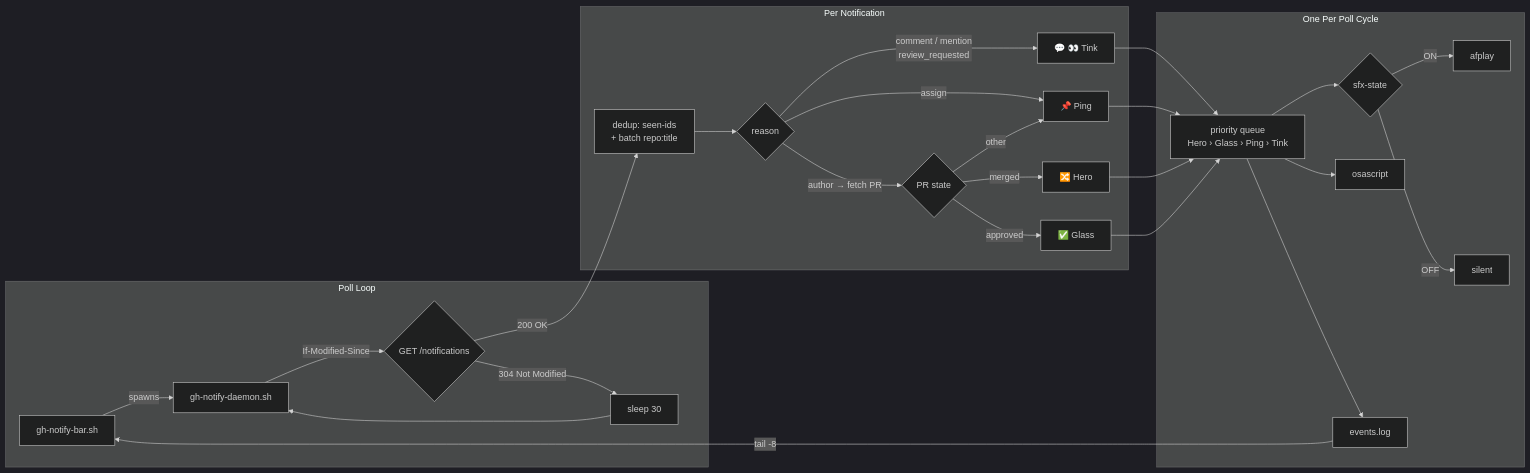
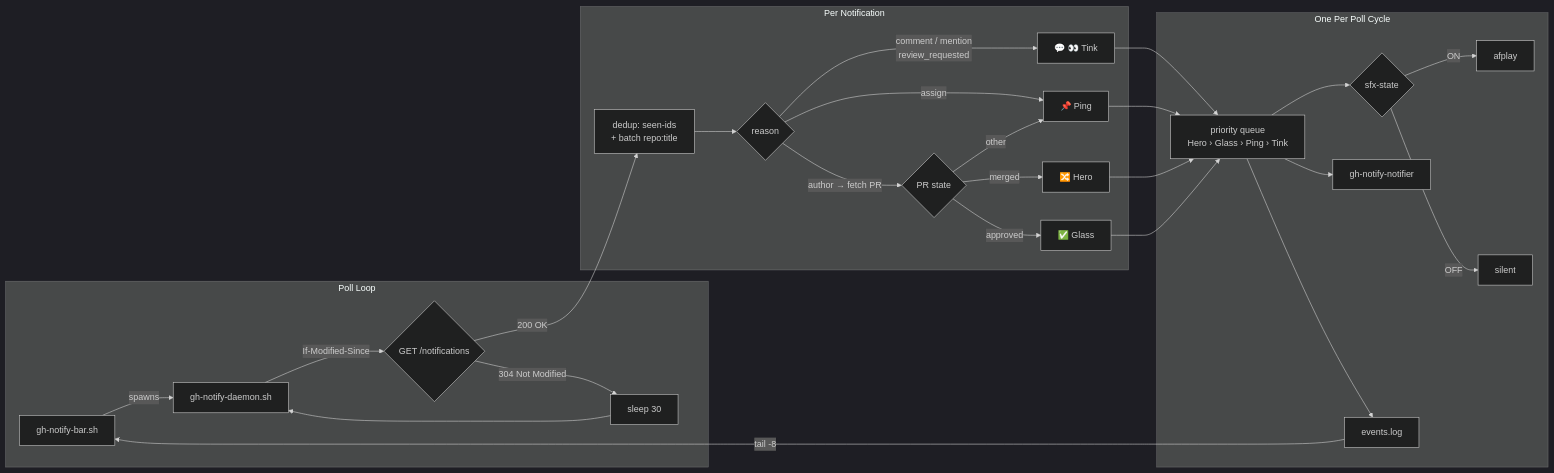
Before and after one commit to joryeugene/gitbeacon: the diagram in README.md, drawn with Mermaid (dark theme). The commit also changed other lines of this file and 8 other files, not shown here.

````diff
--- a/README.md
+++ b/README.md
@@ -109,34 +103,34 @@
 ```mermaid
 flowchart LR
     subgraph loop["Poll Loop"]
         BAR[gh-notify-bar.sh] -->|spawns| DAEMON[gh-notify-daemon.sh]
         DAEMON -->|If-Modified-Since| POLL{GET /notifications}
         POLL -->|304 Not Modified| SLEEP[sleep 30]
         SLEEP --> DAEMON
     end
 
     subgraph classify["Per Notification"]
         FILTER["dedup: seen-ids\n+ batch repo:title"] --> R{reason}
         R -->|"comment / mention\nreview_requested"| TINK["💬 👀  Tink"]
         R -->|assign| PING["📌 Ping"]
         R -->|author → fetch PR| STATE{PR state}
         STATE -->|merged| HERO["🔀 Hero"]
         STATE -->|approved| GLASS["✅ Glass"]
         STATE -->|other| PING
     end
 
     subgraph dispatch["One Per Poll Cycle"]
         Q["priority queue\nHero › Glass › Ping › Tink"] --> GATE{sfx-state}
         GATE -->|ON| SOUND[afplay]
         GATE -->|OFF| MUTE[silent]
-        Q --> POPUP[osascript]
+        Q --> POPUP[gh-notify-notifier]
         Q --> LOG[events.log]
     end
 
     POLL -->|200 OK| FILTER
     TINK --> Q
     PING --> Q
     HERO --> Q
     GLASS --> Q
     LOG -->|tail -8| BAR
 ```
````
